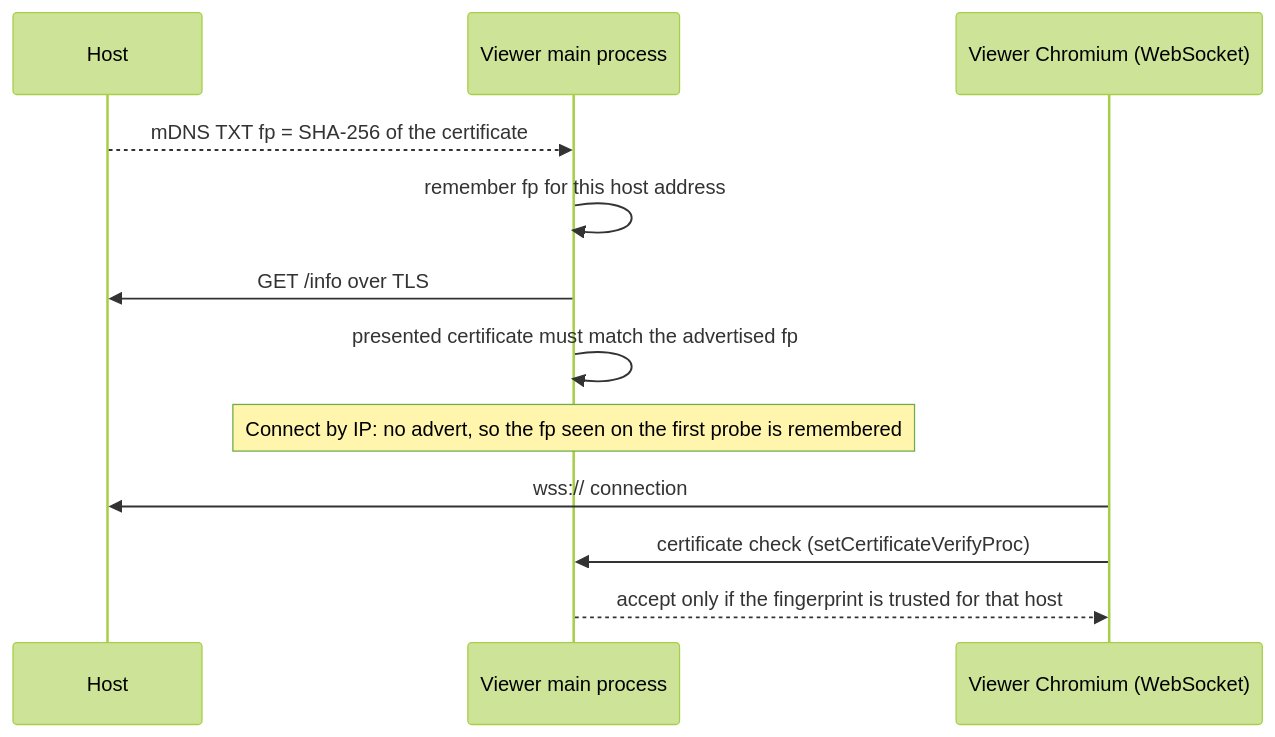
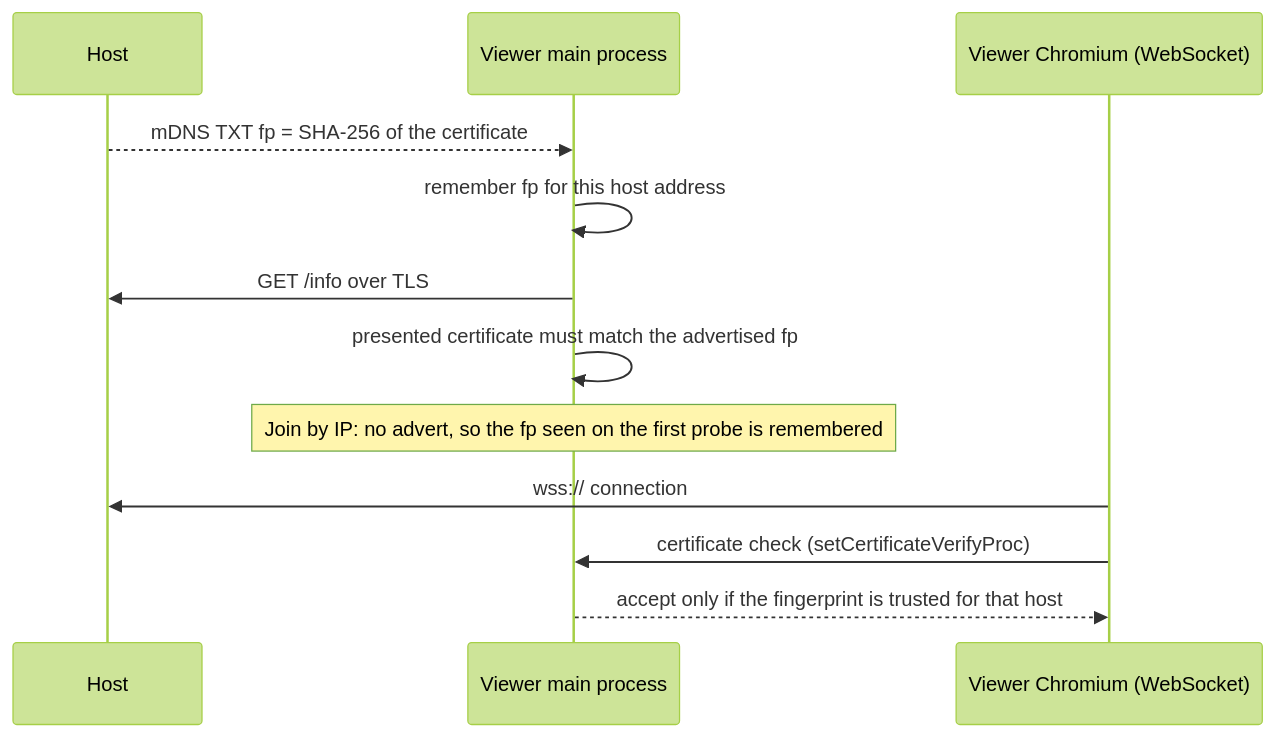
Before and after one commit to nsfxu/lan-screenshare: the diagram in docs/en-US/security.md, drawn with Mermaid (forest theme). The commit also changed other lines of this file and 17 other files, not shown here.

````diff
--- a/docs/en-US/security.md
+++ b/docs/en-US/security.md
@@ -39,14 +39,14 @@
 ```mermaid
 sequenceDiagram
   participant H as Host
   participant V as Viewer main process
   participant C as Viewer Chromium (WebSocket)
   H-->>V: mDNS TXT fp = SHA-256 of the certificate
   V->>V: remember fp for this host address
   V->>H: GET /info over TLS
   V->>V: presented certificate must match the advertised fp
-  Note over V: Connect by IP: no advert, so the fp seen on the first probe is remembered
+  Note over V: Join by IP: no advert, so the fp seen on the first probe is remembered
   C->>H: wss:// connection
   C->>V: certificate check (setCertificateVerifyProc)
   V-->>C: accept only if the fingerprint is trusted for that host
 ```
````
